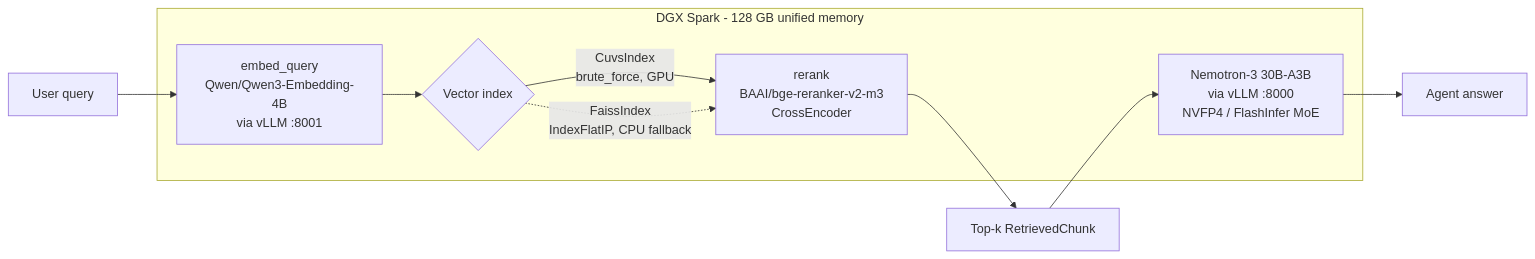
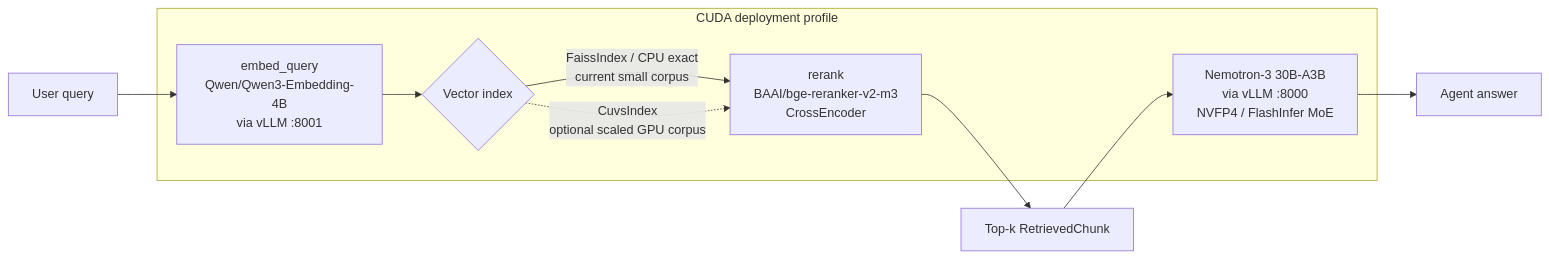
Before and after one commit to Paradox07127/Urban-Dossier: the diagram in rag/README.md, drawn with Mermaid. The commit also changed other lines of this file and 40 other files, not shown here.

````diff
--- a/rag/README.md
+++ b/rag/README.md
@@ -13,17 +19,17 @@
 ```mermaid
 flowchart LR
     Q[User query] --> EMB[embed_query<br/>Qwen/Qwen3-Embedding-4B<br/>via vLLM :8001]
     EMB --> VEC{Vector index}
-    VEC -->|CuvsIndex<br/>brute_force, GPU| RR[rerank<br/>BAAI/bge-reranker-v2-m3<br/>CrossEncoder]
-    VEC -.->|FaissIndex<br/>IndexFlatIP, CPU fallback| RR
+    VEC -->|FaissIndex / CPU exact<br/>current small corpus| RR[rerank<br/>BAAI/bge-reranker-v2-m3<br/>CrossEncoder]
+    VEC -.->|CuvsIndex<br/>optional scaled GPU corpus| RR
     RR --> CTX[Top-k RetrievedChunk]
     CTX --> NEMO[Nemotron-3 30B-A3B<br/>via vLLM :8000<br/>NVFP4 / FlashInfer MoE]
     NEMO --> A[Agent answer]
 
-    subgraph "DGX Spark - 128 GB unified memory"
+    subgraph "CUDA deployment profile"
         EMB
         VEC
         RR
         NEMO
     end
 ```
````
